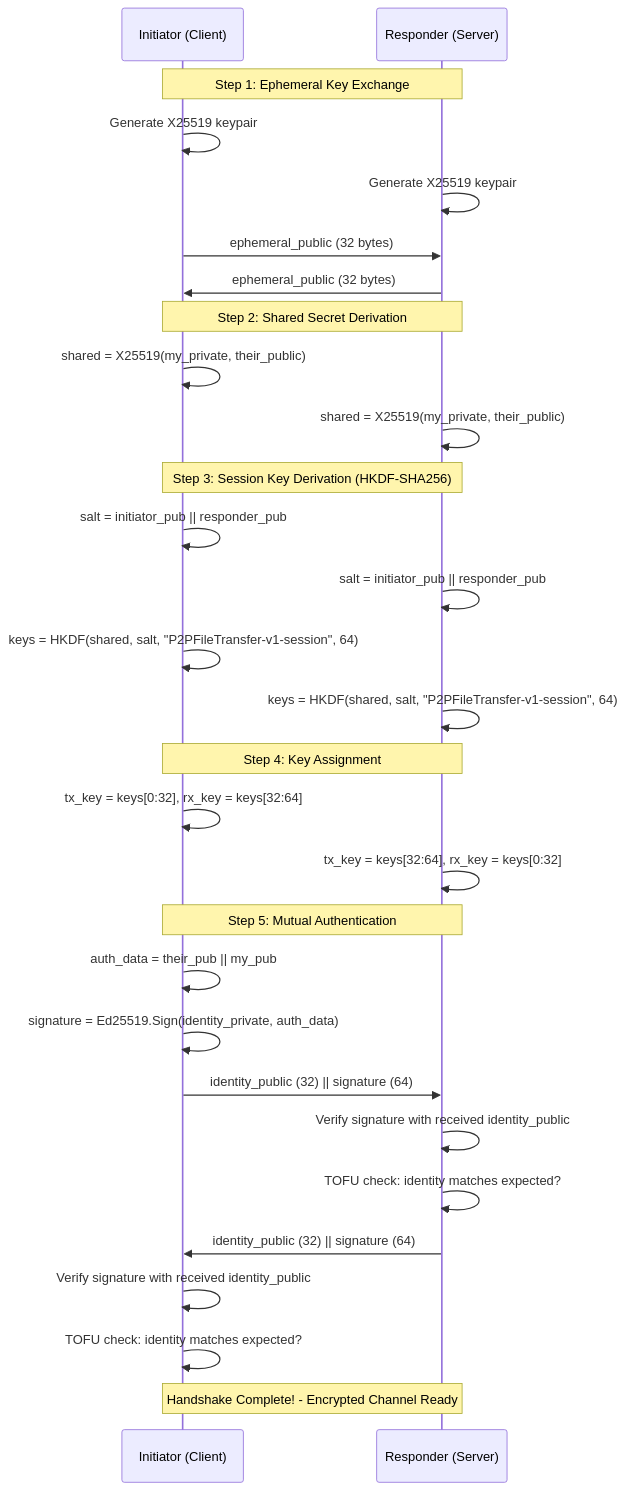
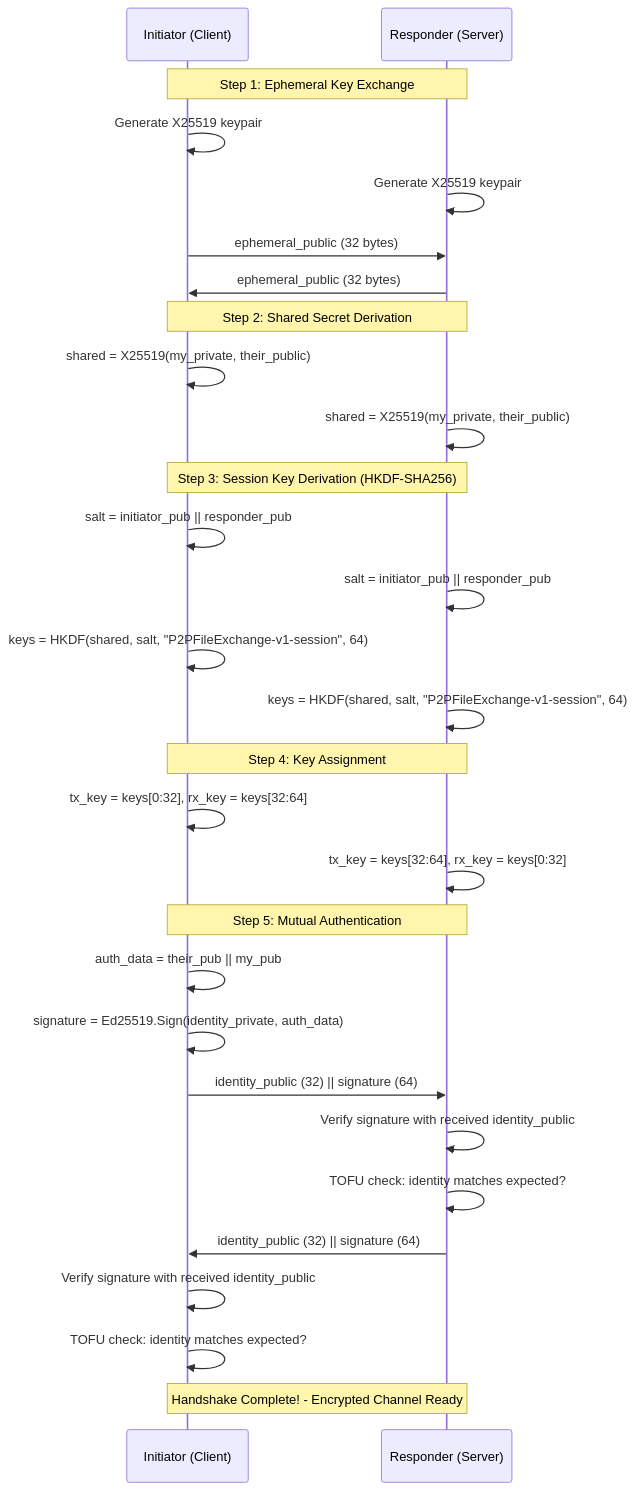
One commit to ozan2003/p2p_file_exchange changed the second of 2 diagrams in docs/security.md. Above: the diagram before and after it, drawn with Mermaid. The commit also changed other lines of this file and 2 other files, not shown here.

First line of the commit message:
docs(file-transfer, peer-discovery, security): update message formats and parameters for clarity and consistency

````diff
--- a/docs/security.md
+++ b/docs/security.md
@@ -116,37 +118,37 @@
 ```mermaid
 sequenceDiagram
     participant I as Initiator (Client)
     participant R as Responder (Server)
     
     Note over I,R: Step 1: Ephemeral Key Exchange
     I->>I: Generate X25519 keypair
     R->>R: Generate X25519 keypair
     I->>R: ephemeral_public (32 bytes)
     R->>I: ephemeral_public (32 bytes)
     
     Note over I,R: Step 2: Shared Secret Derivation
     I->>I: shared = X25519(my_private, their_public)
     R->>R: shared = X25519(my_private, their_public)
     
     Note over I,R: Step 3: Session Key Derivation (HKDF-SHA256)
     I->>I: salt = initiator_pub || responder_pub
     R->>R: salt = initiator_pub || responder_pub
-    I->>I: keys = HKDF(shared, salt, "P2PFileTransfer-v1-session", 64)
-    R->>R: keys = HKDF(shared, salt, "P2PFileTransfer-v1-session", 64)
+    I->>I: keys = HKDF(shared, salt, "P2PFileExchange-v1-session", 64)
+    R->>R: keys = HKDF(shared, salt, "P2PFileExchange-v1-session", 64)
     
     Note over I,R: Step 4: Key Assignment
     I->>I: tx_key = keys[0:32], rx_key = keys[32:64]
     R->>R: tx_key = keys[32:64], rx_key = keys[0:32]
     
     Note over I,R: Step 5: Mutual Authentication
     I->>I: auth_data = their_pub || my_pub
     I->>I: signature = Ed25519.Sign(identity_private, auth_data)
     I->>R: identity_public (32) || signature (64)
     R->>R: Verify signature with received identity_public
     R->>R: TOFU check: identity matches expected?
     R->>I: identity_public (32) || signature (64)
     I->>I: Verify signature with received identity_public
     I->>I: TOFU check: identity matches expected?
     
     Note over I,R: Handshake Complete! - Encrypted Channel Ready
 ```
````
